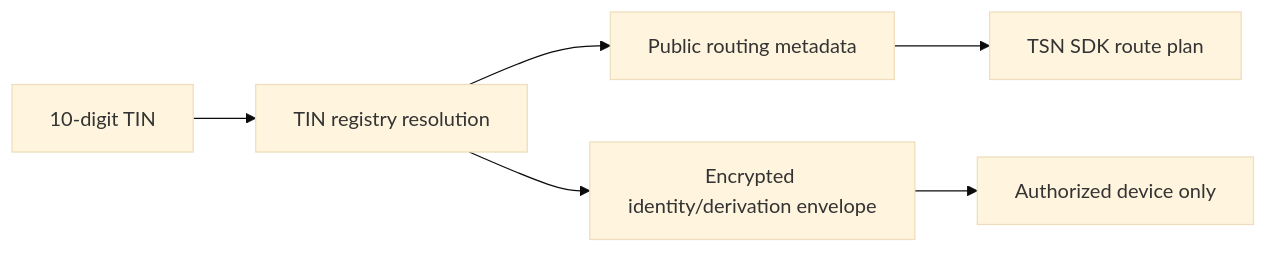
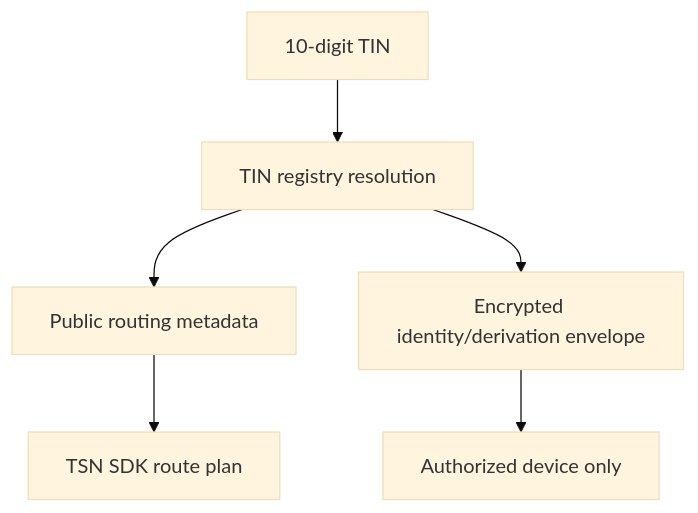
Before and after one commit to bigdreamsweb3/trustlink-pay: the diagram in docs/identity-and-tin.md, drawn with Mermaid (base theme). The commit also changed 37 other files, not shown here.

````diff
--- a/docs/identity-and-tin.md
+++ b/docs/identity-and-tin.md
@@ -9,8 +9,8 @@
 ```mermaid
-flowchart LR
+flowchart TD
     A[10-digit TIN] --> B[TIN registry resolution]
     B --> C[Public routing metadata]
     B --> D[Encrypted identity/derivation envelope]
     C --> E[TSN SDK route plan]
     D --> F[Authorized device only]
 ```
````
